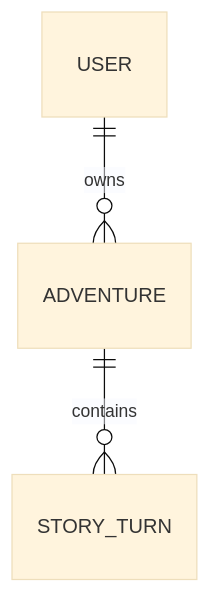
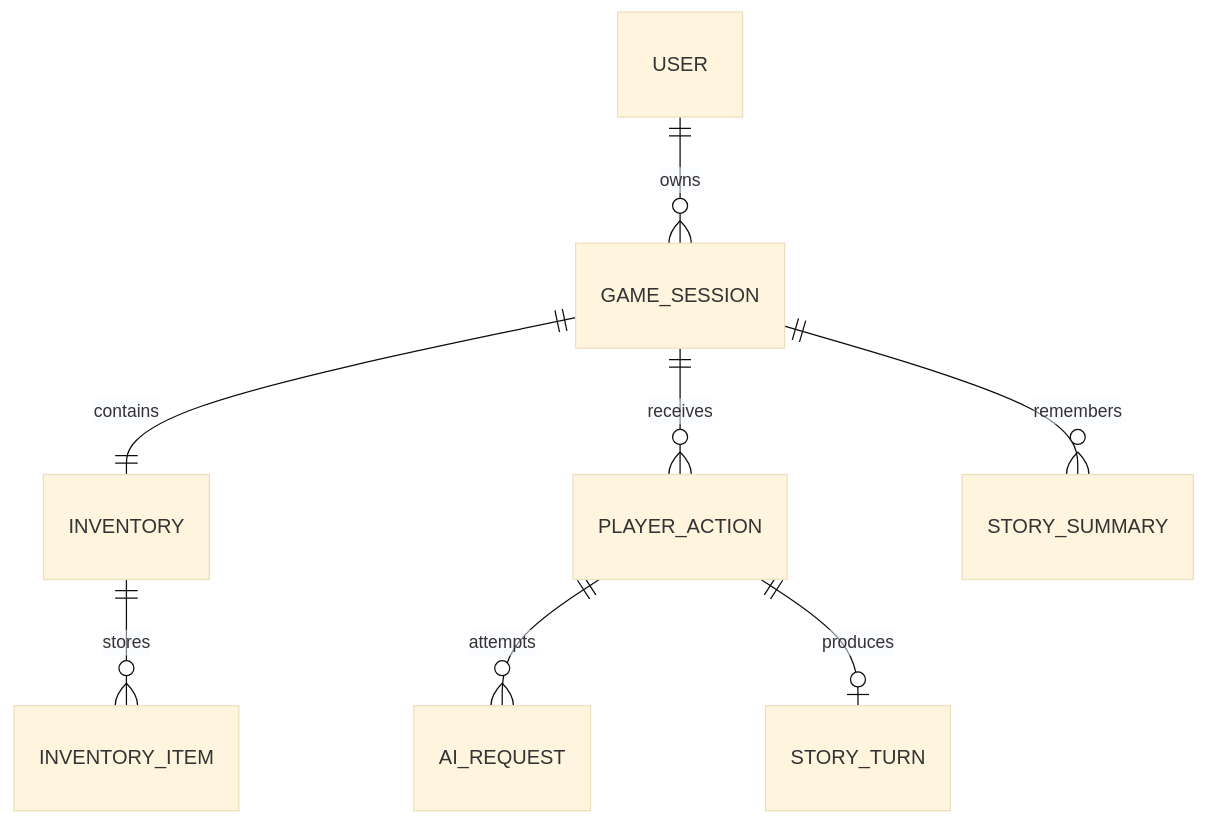
Before and after one commit to ZheleznikovNikita/RPI: the diagram in README.md, drawn with Mermaid (base theme). The commit also changed other lines of this file and 30 other files, not shown here.

````diff
--- a/README.md
+++ b/README.md
@@ -61,5 +63,10 @@
 ```mermaid
 erDiagram
-    USER ||--o{ ADVENTURE : owns
-    ADVENTURE ||--o{ STORY_TURN : contains
+    USER ||--o{ GAME_SESSION : owns
+    GAME_SESSION ||--|| INVENTORY : contains
+    INVENTORY ||--o{ INVENTORY_ITEM : stores
+    GAME_SESSION ||--o{ PLAYER_ACTION : receives
+    PLAYER_ACTION ||--o{ AI_REQUEST : attempts
+    PLAYER_ACTION ||--o| STORY_TURN : produces
+    GAME_SESSION ||--o{ STORY_SUMMARY : remembers
 ```
````
